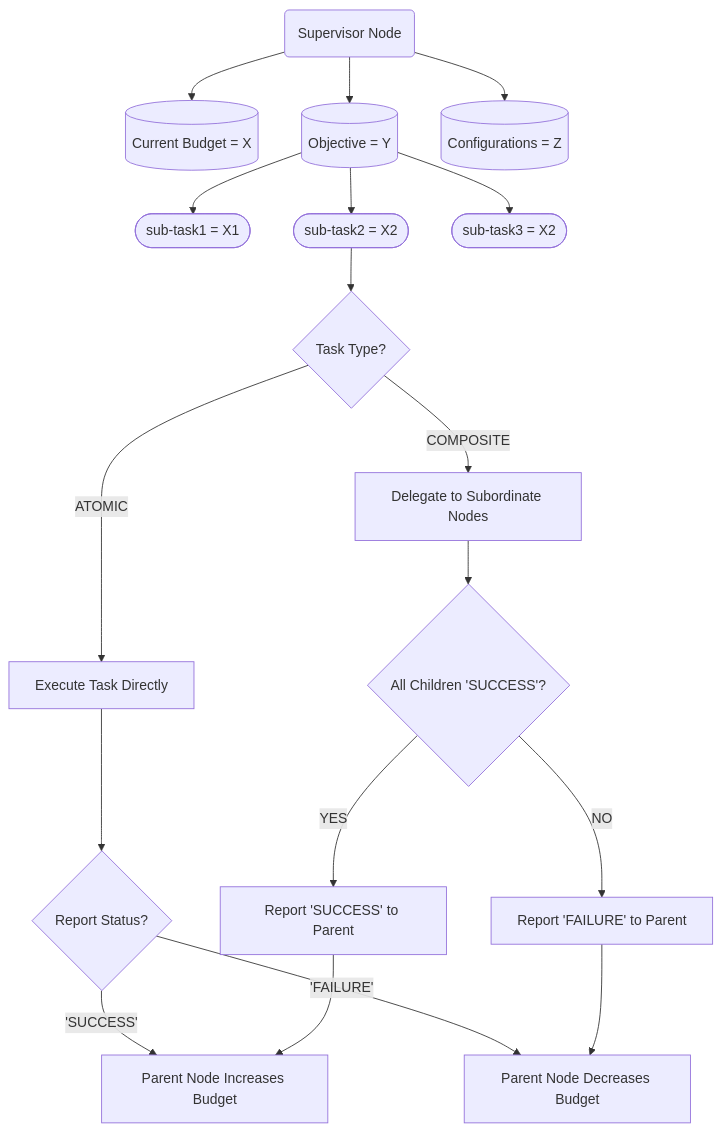
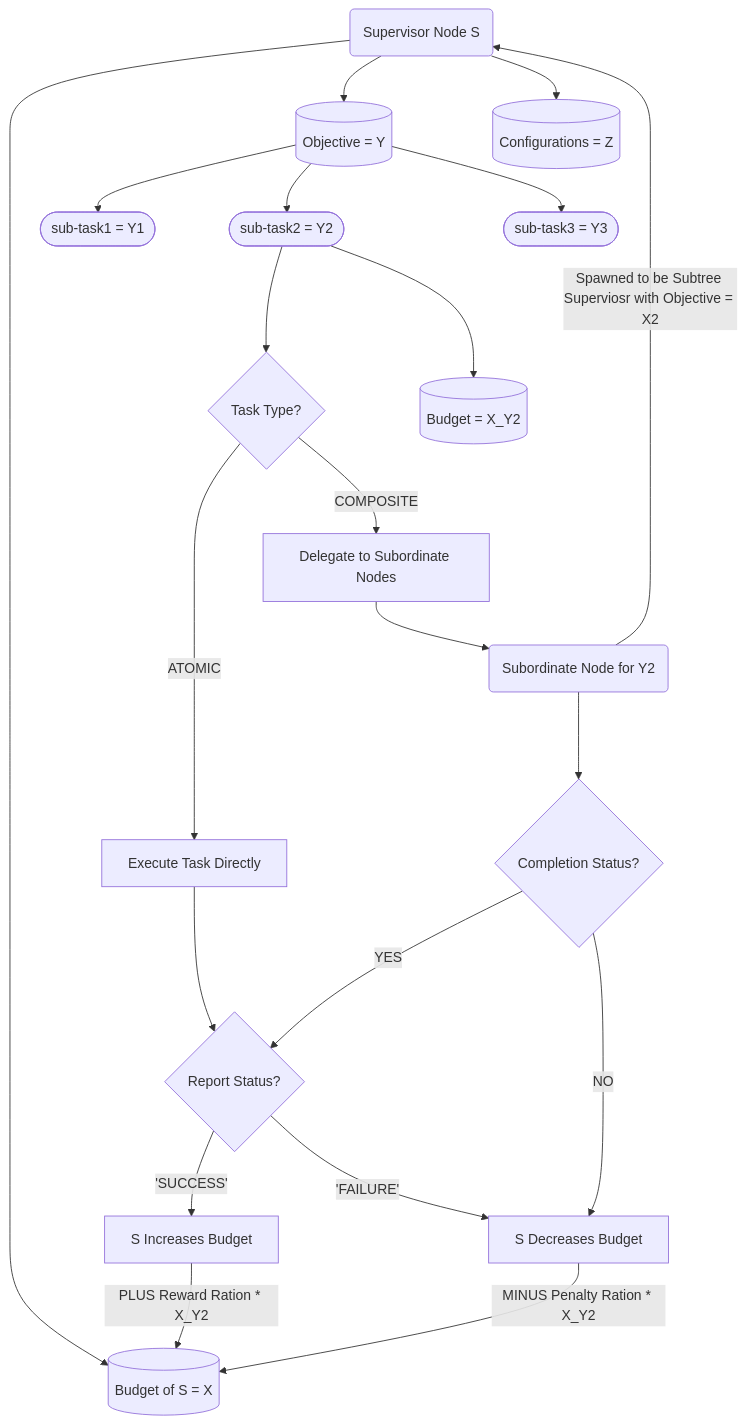
Before and after one commit to arise-ai-security/docs: the second of 2 diagrams in docs/weekly/brainstorming/agentic-tree.md, drawn with Mermaid. The commit also changed other lines of this file, not shown here.

Commit message:
fixed reward mechanism workflow

````diff
--- a/docs/weekly/brainstorming/agentic-tree.md
+++ b/docs/weekly/brainstorming/agentic-tree.md
@@ -74,26 +74,31 @@
 ```mermaid
 flowchart TB
-    A("Supervisor Node") --> A_b[("Current Budget = X")];
+    A("Supervisor Node S") --> A_b[("Budget of S = X")];
     A --> A_o[("Objective = Y")];
     A --> A_c[("Configurations = Z")];
     
-    A_o --> A_t1(["sub-task1 = X1"]);
-    A_o --> A_t2(["sub-task2 = X2"]);
-    A_o --> A_t3(["sub-task3 = X2"]);
+    A_o --> A_t1(["sub-task1 = Y1"]);
+    A_o --> A_t2(["sub-task2 = Y2"]);
+    A_o --> A_t3(["sub-task3 = Y3"]);
 
     A_t2 --> B{"Task Type?"};
     
     B -- "ATOMIC" --> B1["Execute Task Directly"];
     B1--> H{"Report Status?"};
     B -- "COMPOSITE" --> B2["Delegate to Subordinate Nodes"];
     
-    B2 --> E{"All Children 'SUCCESS'?"};
-    E -- "YES" --> F["Report 'SUCCESS' to Parent"];
-    E -- "NO" --> G["Report 'FAILURE' to Parent"];
+    B2 --> Bchild("Subordinate Node for Y2");
+    A_t2 --> Bchild_b[("Budget = X_Y2")];
+    Bchild -- "Spawned to be Subtree Superviosr with Objective = X2" --> A;
+    Bchild ---> E{"Completion Status?"};
     
-    H -- "'SUCCESS'" --> I["Parent Node Increases Budget"];
-    H -- "'FAILURE'" --> J["Parent Node Decreases Budget"];
+    H -- "'SUCCESS'" --> I["S Increases Budget"];
+    H -- "'FAILURE'" --> J["S Decreases Budget"];
     
-    F --> I;
-    G --> J;
+    E -- "YES" --> H;
+    E -- "NO" --> J;
+
+    I -- "PLUS Reward Ration * X_Y2" --> A_b;
+    J -- "MINUS Penalty Ration * X_Y2" --> A_b;
+
 ```
````
